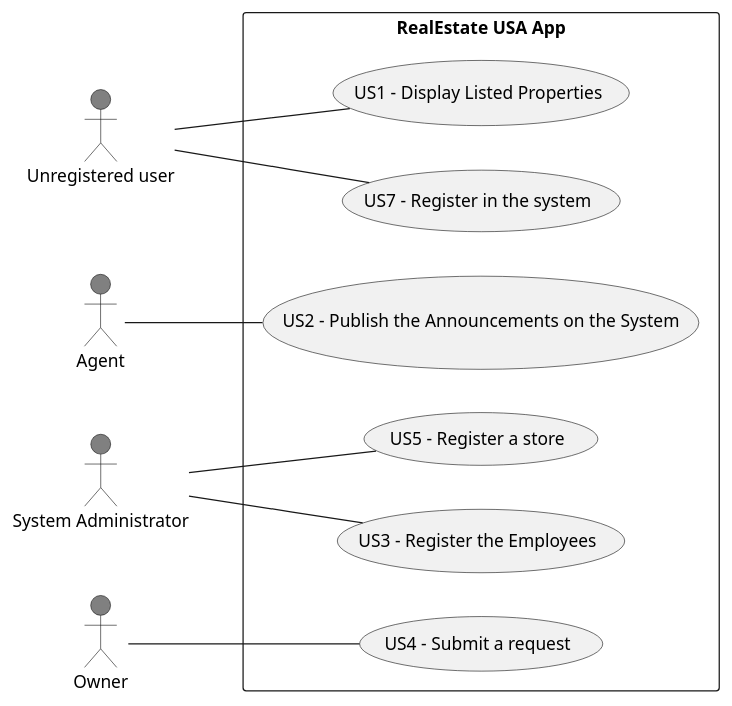
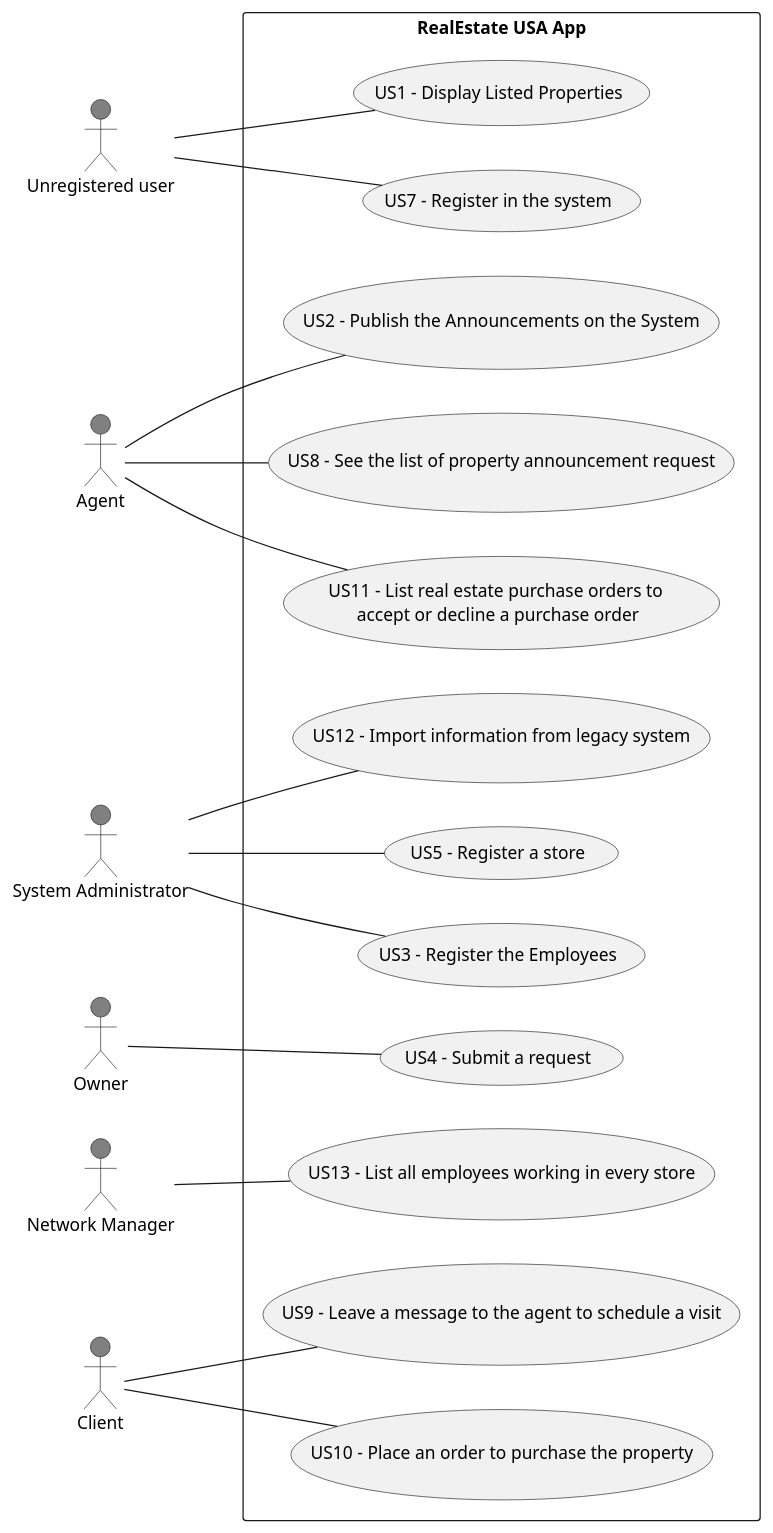
One commit to 1220812/LAPR2 changed the diagram in docs/sprintC/global-artifacts/01.requirements-engineering/puml/use-case-diagram.puml. Above: the diagram before and after it, drawn with PlantUML. The commit also changed 19 other files, not shown here.

```diff
--- a/docs/sprintC/global-artifacts/01.requirements-engineering/puml/use-case-diagram.puml
+++ b/docs/sprintC/global-artifacts/01.requirements-engineering/puml/use-case-diagram.puml
@@ -1,23 +1,37 @@
 @startuml
 left to right direction
 
 actor "Unregistered user" as unUser #grey
 actor "Agent" as Agent #grey
 actor "System Administrator" as Admin #grey
 actor "Owner" as Owner #grey
+actor "Network Manager" as NM #grey
+actor "Client" as C #grey
 
 rectangle "RealEstate USA App"{
  usecase "US1 - Display Listed Properties" as UC1
  usecase "US7 - Register in the system" as UC7
  usecase "US2 - Publish the Announcements on the System" as UC2
  usecase "US4 - Submit a request" as UC4
  usecase "US5 - Register a store" as UC5
+ usecase "US8 - See the list of property announcement request" as UC8
+ usecase "US9 - Leave a message to the agent to schedule a visit" as UC9
+ usecase "US10 - Place an order to purchase the property" as UC10
+ usecase "US12 - Import information from legacy system" as UC12
  usecase "US3 - Register the Employees" as UC3
+ usecase "US11 - List real estate purchase orders to \naccept or decline a purchase order" as UC11
+ usecase "US13 - List all employees working in every store" as UC13
  }
  unUser -- UC1
  Agent -- UC2
  Admin -- UC5
  Admin -- UC3
  Owner -- UC4
  unUser -- UC7
+ NM -- UC13
+ Agent -- UC11
+ Agent -- UC8
+ C -- UC9
+ C -- UC10
+Admin -- UC12
 @enduml
```
